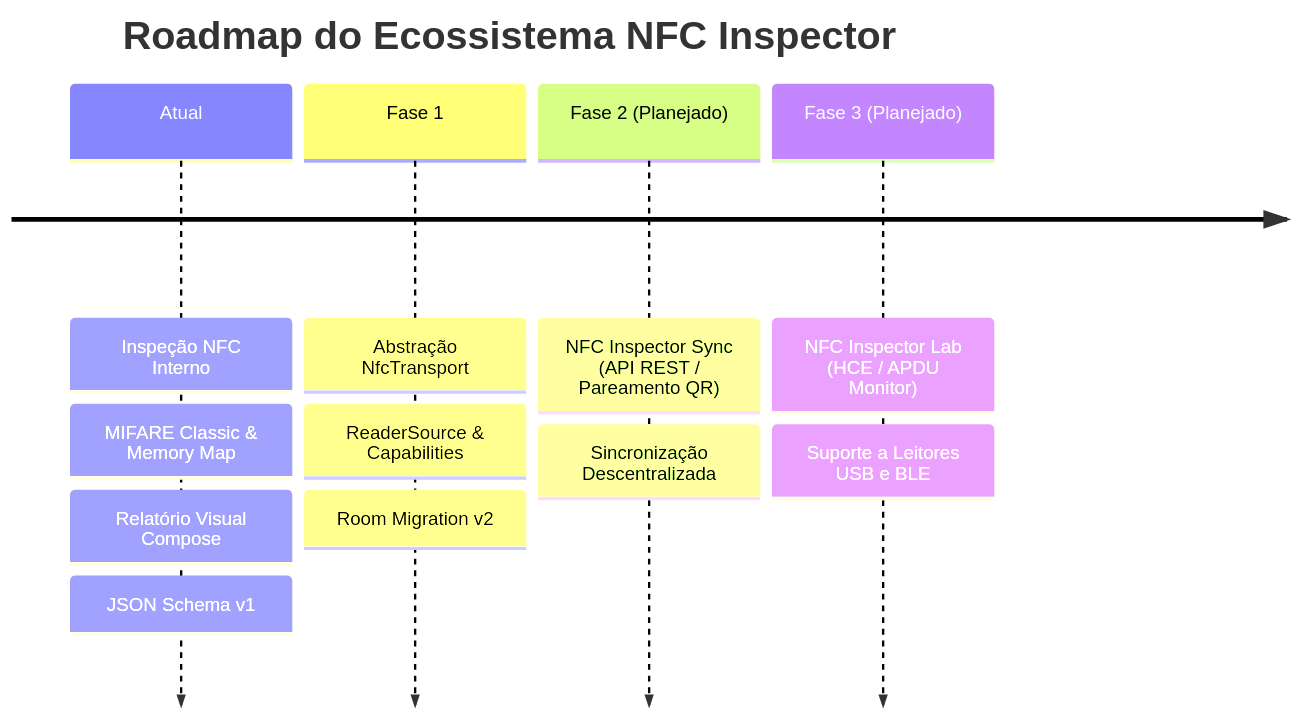
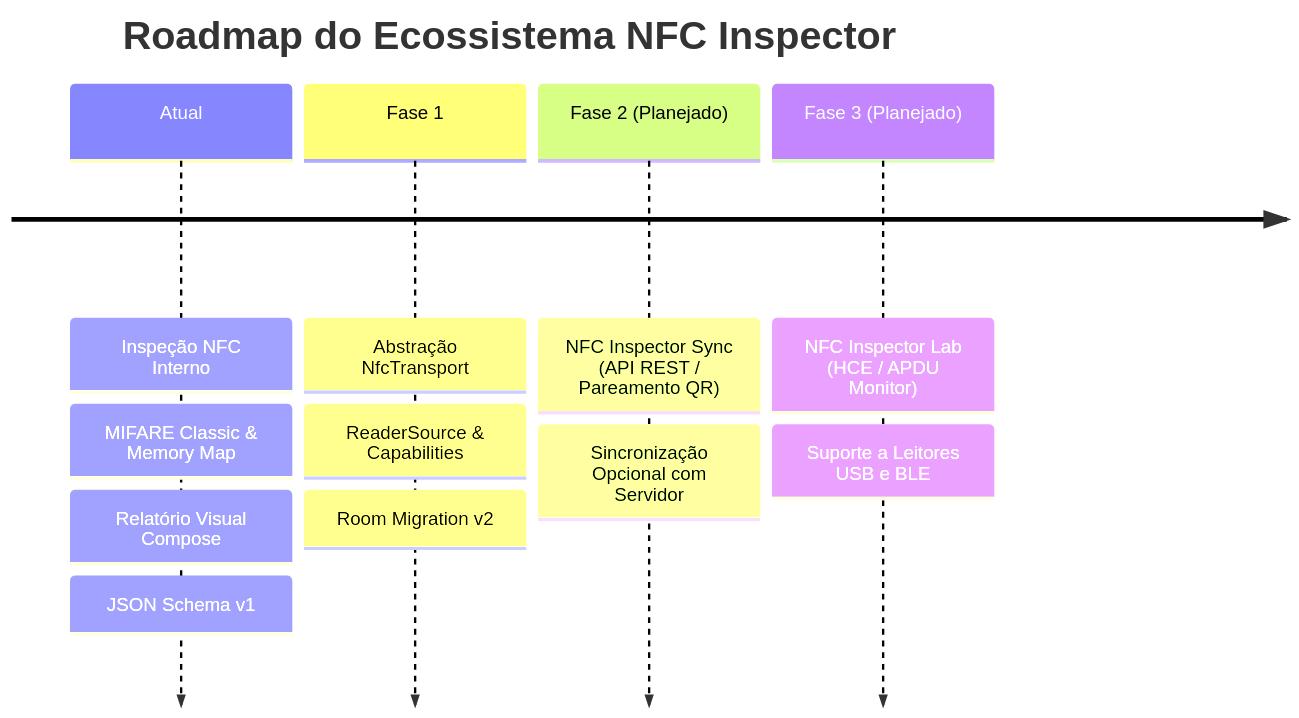
One commit to uillaneduardo/nfc-inspector changed the second of 2 diagrams in docs/architecture.md. Above: the diagram before and after it, drawn with Mermaid. The commit also changed other lines of this file and 7 other files, not shown here.

````diff
--- a/docs/architecture.md
+++ b/docs/architecture.md
@@ -157,8 +161,8 @@
 ```mermaid
 timeline
     title Roadmap do Ecossistema NFC Inspector
     Atual : Inspeção NFC Interno : MIFARE Classic & Memory Map : Relatório Visual Compose : JSON Schema v1
     Fase 1 : Abstração NfcTransport : ReaderSource & Capabilities : Room Migration v2
-    Fase 2 (Planejado) : NFC Inspector Sync (API REST / Pareamento QR) : Sincronização Descentralizada
+    Fase 2 (Planejado) : NFC Inspector Sync (API REST / Pareamento QR) : Sincronização Opcional com Servidor
     Fase 3 (Planejado) : NFC Inspector Lab (HCE / APDU Monitor) : Suporte a Leitores USB e BLE
 ```
````
